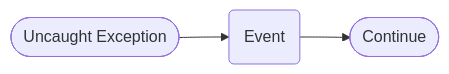
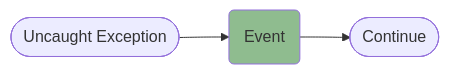
One commit to peque-ts/website changed the third of 4 diagrams in docs/framework/lifecycle.md. Above: the diagram before and after it, drawn with Mermaid. The commit also changed other lines of this file and 28 other files, not shown here.

Commit message:
chore: replace diagrams with mermaid

````diff
--- a/docs/framework/lifecycle.md
+++ b/docs/framework/lifecycle.md
@@ -30,5 +40,7 @@
 ```mermaid
 graph LR
-  UNE([Uncaught Exception]) --> S(Event)
+  UNE([Uncaught Exception]) --> S(Event):::server
   S --> C([Continue])
+  
+  classDef server fill:DarkSeaGreen
 ```
````
